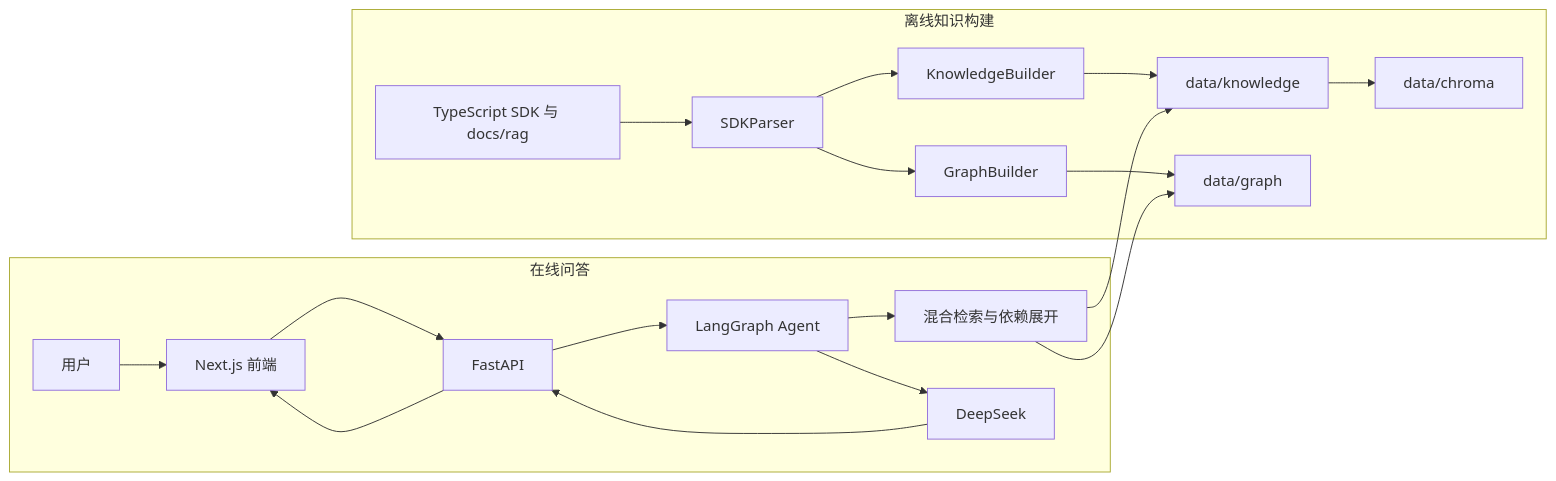
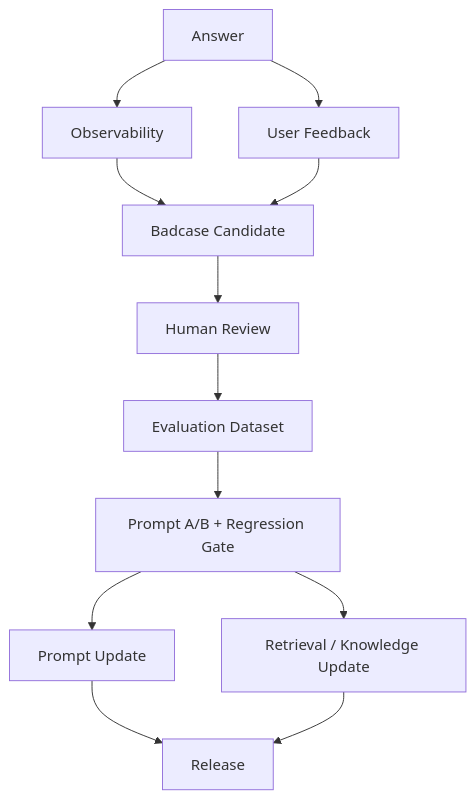
Before and after one commit to jonji886/plugin-dev-helper: the fourth of 4 diagrams in README.md, drawn with Mermaid. The commit also changed other lines of this file and 44 other files, not shown here.

````diff
--- a/README.md
+++ b/README.md
@@ -164,23 +101,14 @@
 ```mermaid
-flowchart LR
-  subgraph OFFLINE[离线知识构建]
-    SRC[TypeScript SDK 与 docs/rag] --> PARSER[SDKParser]
-    PARSER --> KB[KnowledgeBuilder]
-    PARSER --> GRAPH[GraphBuilder]
-    KB --> KNOW[data/knowledge]
-    GRAPH --> DEPS[data/graph]
-    KNOW --> CHROMA[data/chroma]
-  end
-
-  subgraph ONLINE[在线问答]
-    U[用户] --> FE[Next.js 前端]
-    FE --> API[FastAPI]
-    API --> AGENT[LangGraph Agent]
-    AGENT --> RETRIEVE[混合检索与依赖展开]
-    RETRIEVE --> KNOW
-    RETRIEVE --> DEPS
-    AGENT --> LLM[DeepSeek]
-    LLM --> API
-    API --> FE
-  end
+flowchart TD
+  A[Answer] --> O[Observability]
+  A --> F[User Feedback]
+  O --> B[Badcase Candidate]
+  F --> B
+  B --> R[Human Review]
+  R --> D[Evaluation Dataset]
+  D --> E[Prompt A/B + Regression Gate]
+  E --> P[Prompt Update]
+  E --> K[Retrieval / Knowledge Update]
+  P --> REL[Release]
+  K --> REL
 ```
````
